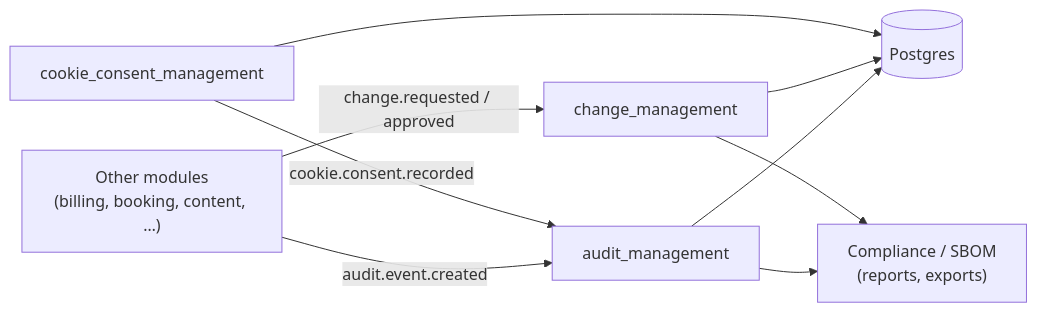
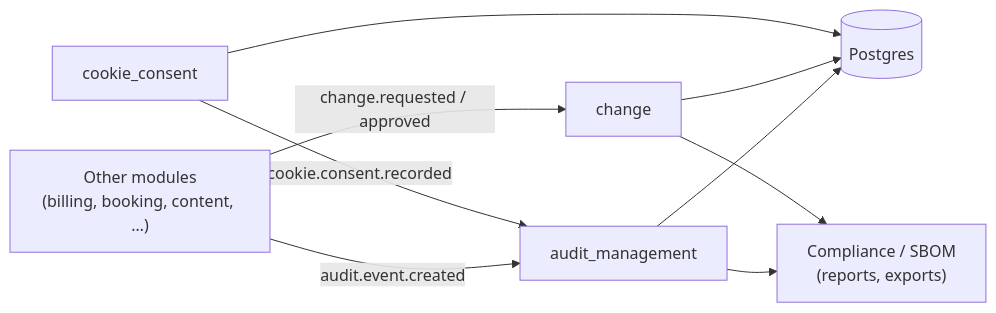
The first of 3 diagrams in architecture/domains/governance/arc42.md (septagon-oss/pk-docs), drawn with Mermaid before and after one commit. The commit also changed other lines of this file and 224 other files, not shown here.

````diff
--- a/architecture/domains/governance/arc42.md
+++ b/architecture/domains/governance/arc42.md
@@ -81,18 +81,18 @@
 ```mermaid
 flowchart LR
     Catalog["Other modules<br/>(billing, booking, content, …)"]
     Audit["audit_management"]
-    Change["change_management"]
-    Cookie["cookie_consent_management"]
+    Change["change"]
+    Cookie["cookie_consent"]
     Storage[(Postgres)]
     Compliance["Compliance / SBOM<br/>(reports, exports)"]
 
     Catalog -->|"audit.event.created"| Audit
     Catalog -->|"change.requested / approved"| Change
     Cookie -->|"cookie.consent.recorded"| Audit
     Audit --> Storage
     Change --> Storage
     Cookie --> Storage
     Audit --> Compliance
     Change --> Compliance
 ```
````
